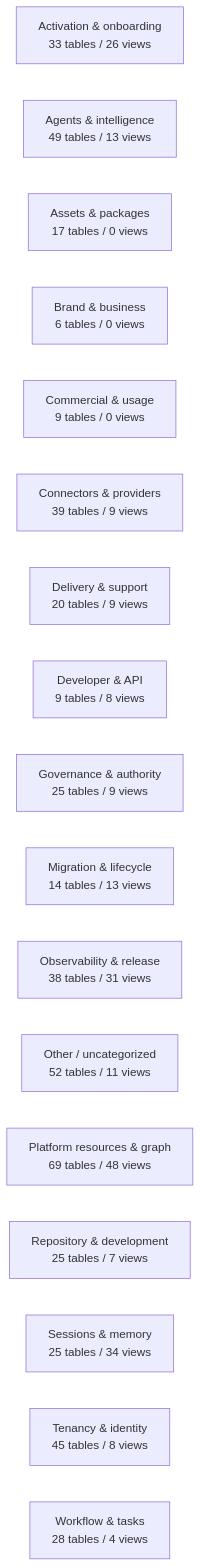
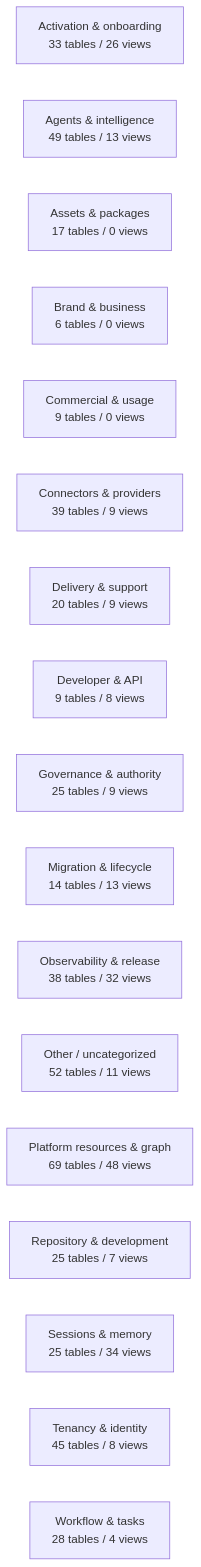
Before and after one commit to mad4bdigital-ai/multi-business-multi-role-growth-intelligence-os: the diagram in docs/work-maps/data-model-domain-map.md, drawn with Mermaid. The commit also changed other lines of this file and 5 other files, not shown here.

````diff
--- a/docs/work-maps/data-model-domain-map.md
+++ b/docs/work-maps/data-model-domain-map.md
@@ -9,20 +9,20 @@
 ```mermaid
 flowchart LR
   n_Activation___onboarding["Activation & onboarding<br/>33 tables / 26 views"]
   n_Agents___intelligence["Agents & intelligence<br/>49 tables / 13 views"]
   n_Assets___packages["Assets & packages<br/>17 tables / 0 views"]
   n_Brand___business["Brand & business<br/>6 tables / 0 views"]
   n_Commercial___usage["Commercial & usage<br/>9 tables / 0 views"]
   n_Connectors___providers["Connectors & providers<br/>39 tables / 9 views"]
   n_Delivery___support["Delivery & support<br/>20 tables / 9 views"]
   n_Developer___API["Developer & API<br/>9 tables / 8 views"]
   n_Governance___authority["Governance & authority<br/>25 tables / 9 views"]
   n_Migration___lifecycle["Migration & lifecycle<br/>14 tables / 13 views"]
-  n_Observability___release["Observability & release<br/>38 tables / 31 views"]
+  n_Observability___release["Observability & release<br/>38 tables / 32 views"]
   n_Other___uncategorized["Other / uncategorized<br/>52 tables / 11 views"]
   n_Platform_resources___graph["Platform resources & graph<br/>69 tables / 48 views"]
   n_Repository___development["Repository & development<br/>25 tables / 7 views"]
   n_Sessions___memory["Sessions & memory<br/>25 tables / 34 views"]
   n_Tenancy___identity["Tenancy & identity<br/>45 tables / 8 views"]
   n_Workflow___tasks["Workflow & tasks<br/>28 tables / 4 views"]
 ```
````
